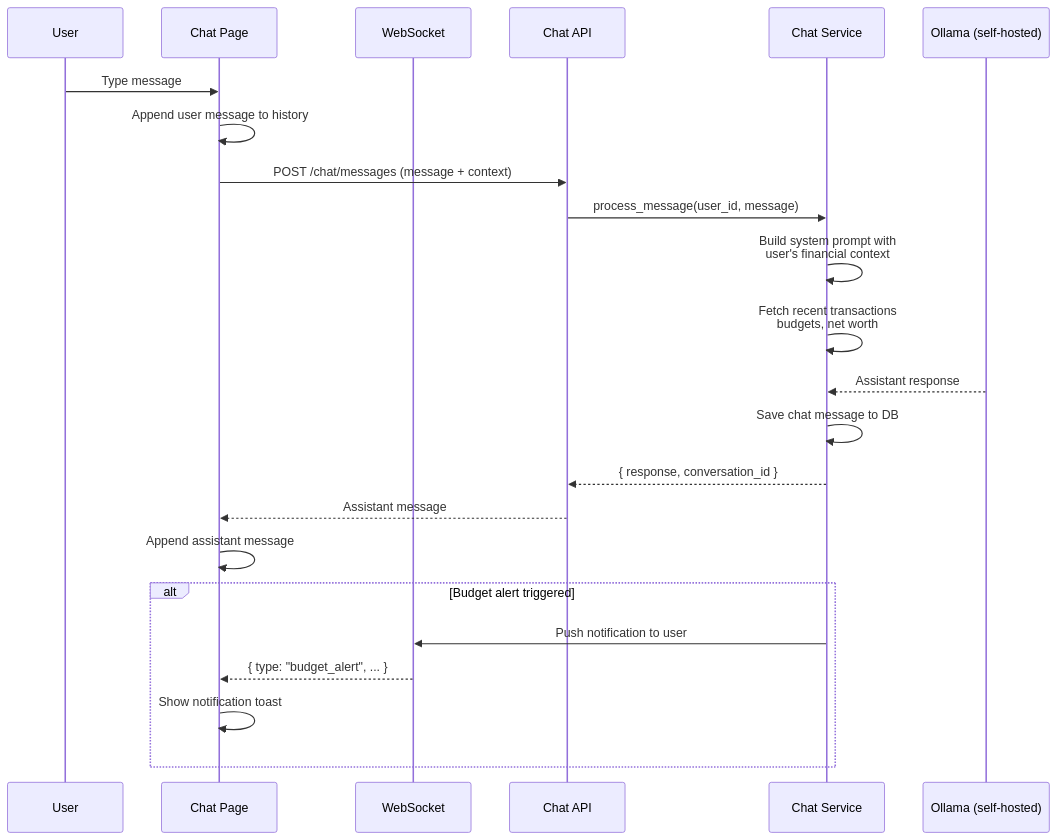
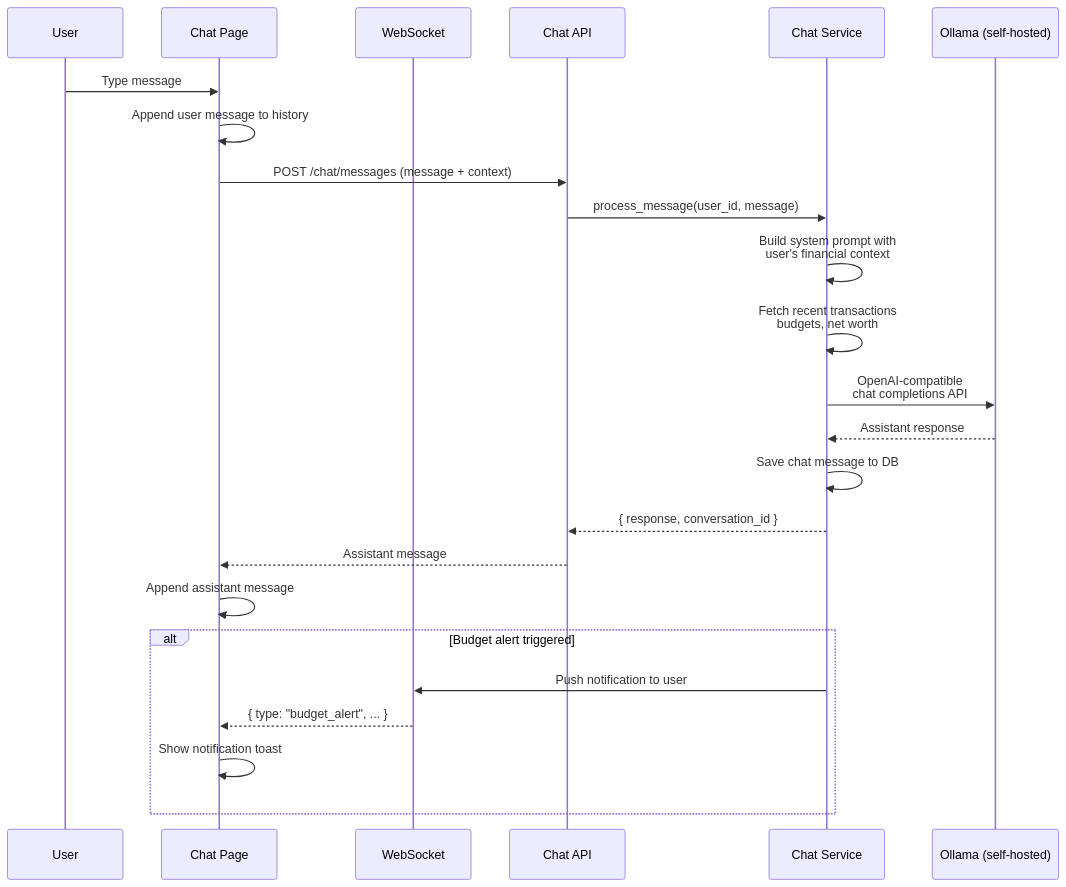
Before and after one commit to MuzafferDemirhan/wealthflow: the first of 5 diagrams in docs/sprint-4.md, drawn with Mermaid.

````diff
--- a/docs/sprint-4.md
+++ b/docs/sprint-4.md
@@ -8,29 +8,30 @@
 ```mermaid
 sequenceDiagram
     participant User as User
     participant Chat as Chat Page
     participant WS as WebSocket
     participant API as Chat API
     participant Service as Chat Service
     participant Ollama as Ollama (self-hosted)
 
     User->>Chat: Type message
     Chat->>Chat: Append user message to history
     Chat->>API: POST /chat/messages (message + context)
     API->>Service: process_message(user_id, message)
 
     Service->>Service: Build system prompt with<br/>user's financial context
     Service->>Service: Fetch recent transactions<br/>budgets, net worth
+    Service->>Ollama: OpenAI-compatible<br/>chat completions API
     Ollama-->>Service: Assistant response
 
     Service->>Service: Save chat message to DB
     Service-->>API: { response, conversation_id }
     API-->>Chat: Assistant message
     Chat->>Chat: Append assistant message
 
     alt Budget alert triggered
         Service->>WS: Push notification to user
         WS-->>Chat: { type: "budget_alert", ... }
         Chat->>Chat: Show notification toast
     end
 ```
````
